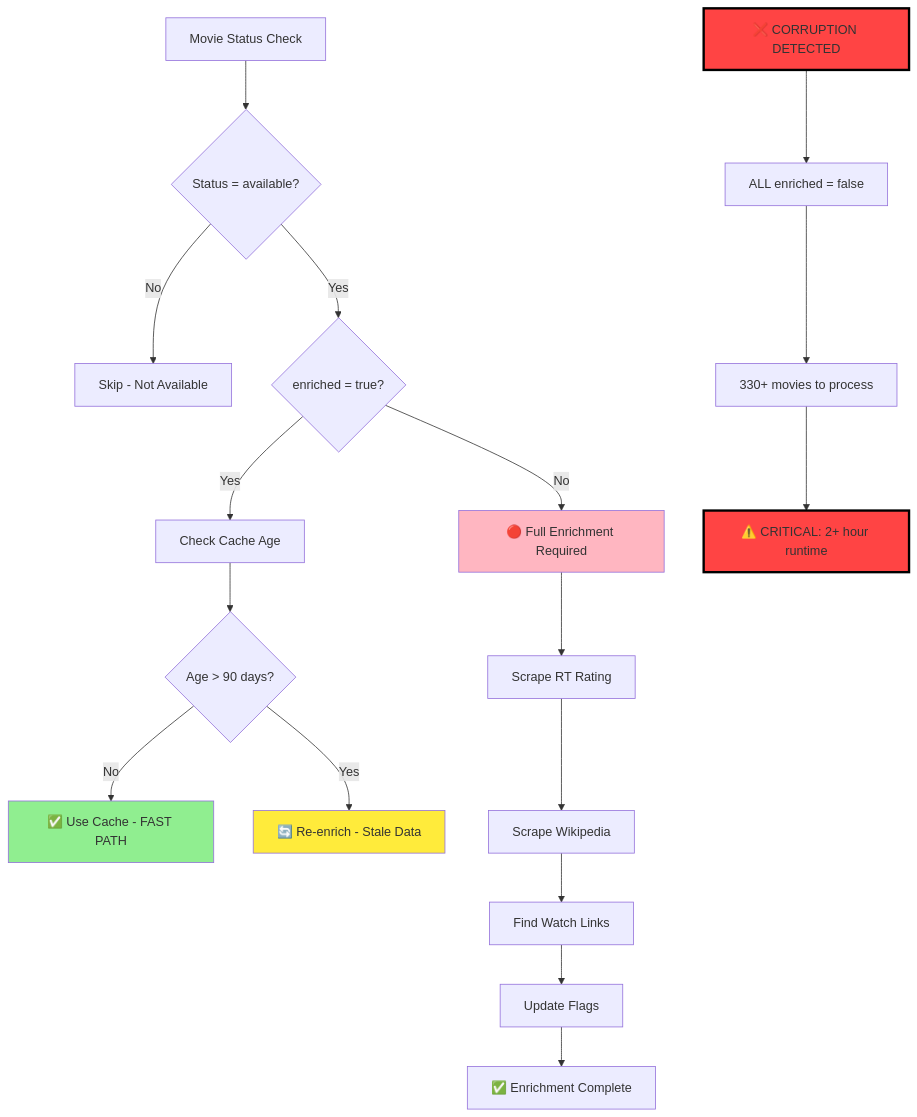
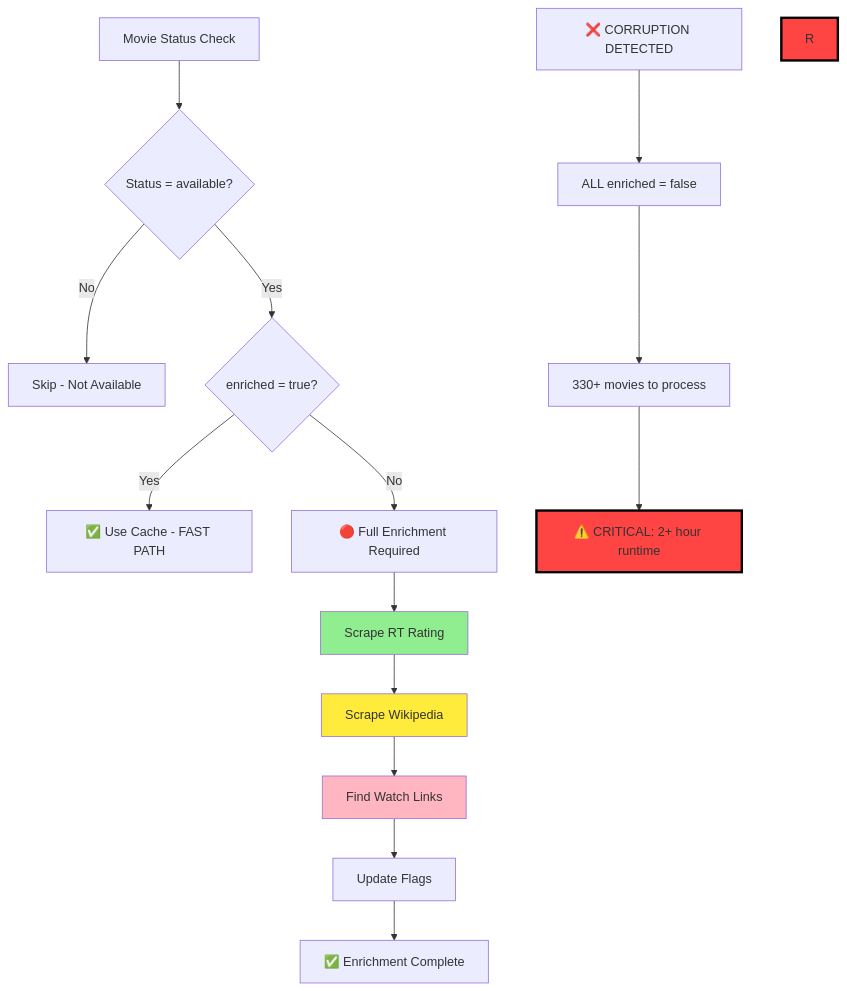
Before and after one commit to hadrianbelove-stack/nrw-production: the diagram in SYSTEM_ARCHITECTURE.md, drawn with Mermaid. The commit also changed other lines of this file and 5 other files, not shown here.

First line of the commit message:
Remove stale enrichment logic (>90 day re-enrichment)

````diff
--- a/SYSTEM_ARCHITECTURE.md
+++ b/SYSTEM_ARCHITECTURE.md
@@ -599,28 +598,25 @@
 ```mermaid
 flowchart TD
     A[Movie Status Check] --> B{Status = available?}
     B -->|No| C[Skip - Not Available]
     B -->|Yes| D{enriched = true?}
 
-    D -->|Yes| E[Check Cache Age]
-    E --> F{Age > 90 days?}
-    F -->|No| G[✅ Use Cache - FAST PATH]
-    F -->|Yes| H[🔄 Re-enrich - Stale Data]
+    D -->|Yes| E[✅ Use Cache - FAST PATH]
 
-    D -->|No| I[🔴 Full Enrichment Required]
-    I --> J[Scrape RT Rating]
-    J --> K[Scrape Wikipedia]
-    K --> L[Find Watch Links]
-    L --> M[Update Flags]
-    M --> N[✅ Enrichment Complete]
+    D -->|No| F[🔴 Full Enrichment Required]
+    F --> G[Scrape RT Rating]
+    G --> H[Scrape Wikipedia]
+    H --> I[Find Watch Links]
+    I --> J[Update Flags]
+    J --> K[✅ Enrichment Complete]
 
-    O[❌ CORRUPTION DETECTED] --> P[ALL enriched = false]
-    P --> Q[330+ movies to process]
-    Q --> R[⚠️ CRITICAL: 2+ hour runtime]
+    L[❌ CORRUPTION DETECTED] --> M[ALL enriched = false]
+    M --> N[330+ movies to process]
+    N --> O[⚠️ CRITICAL: 2+ hour runtime]
 
     style G fill:#90EE90
     style I fill:#FFB6C1
     style H fill:#FFEB3B
     style R fill:#FF4444,stroke:#000,stroke-width:3px
     style O fill:#FF4444,stroke:#000,stroke-width:3px
 ```
````
